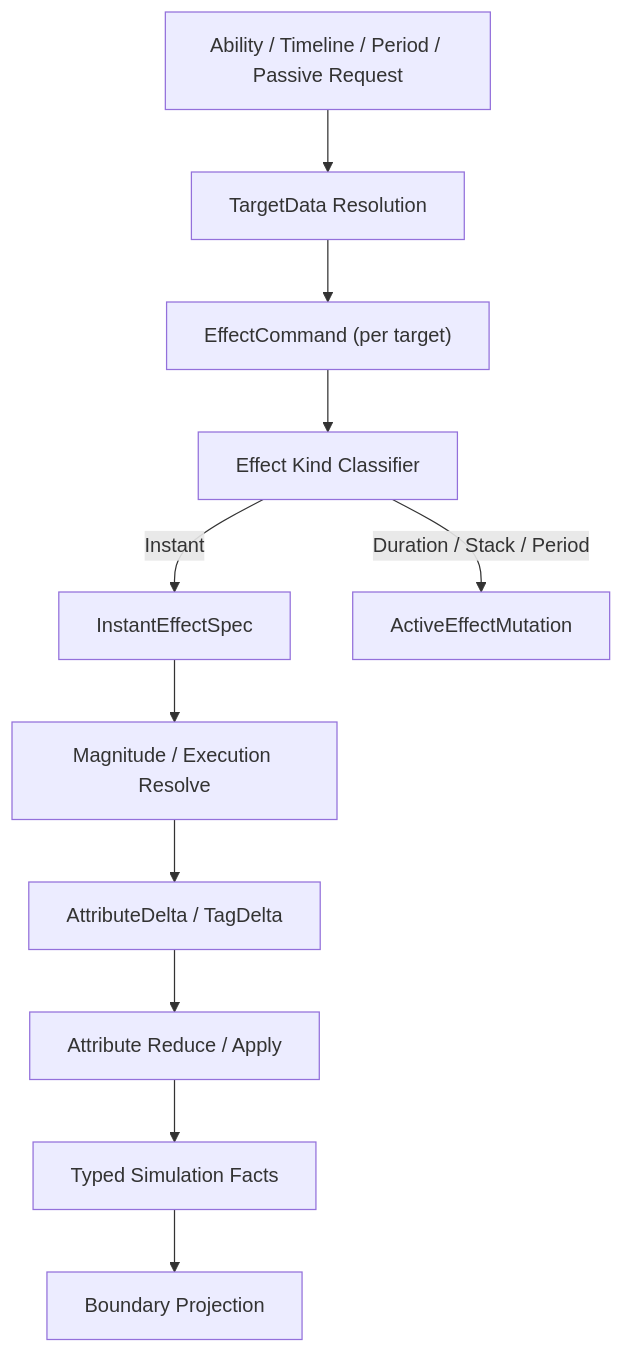
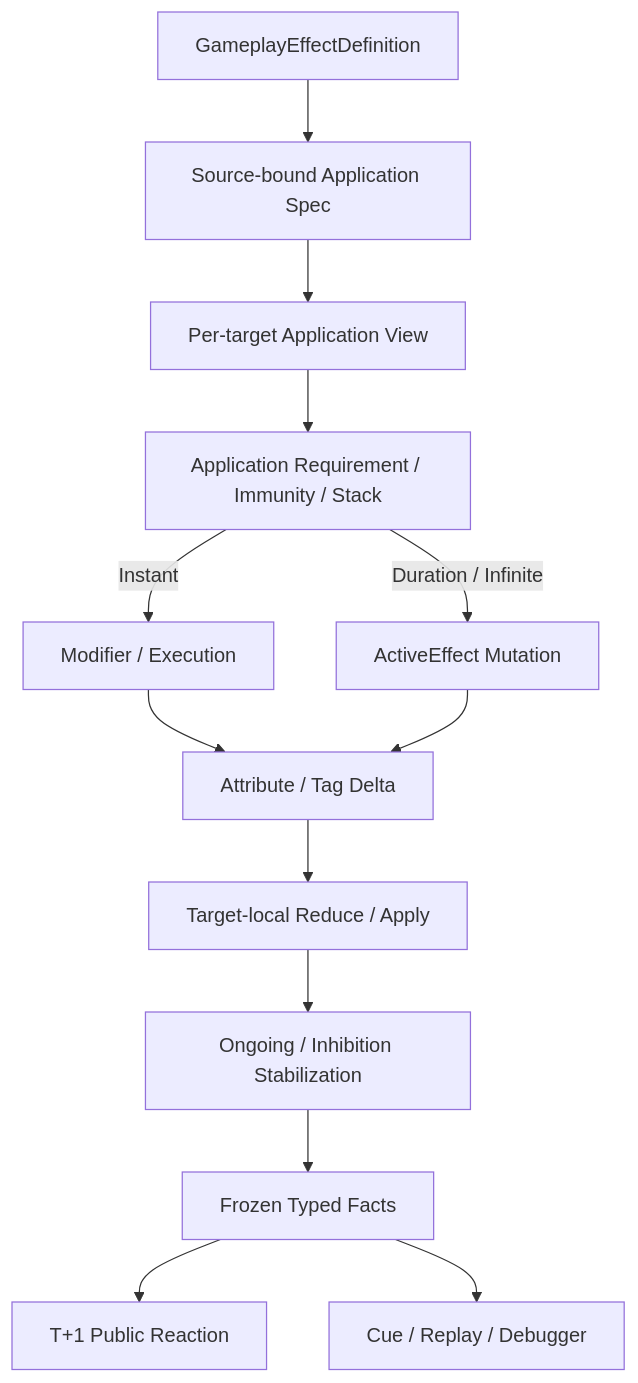
The diagram in 方案讨论/针对2.0的ECS架构的迭代方案讨论/01-目标态架构共识/04-EffectCommand-SpecStream-AttributeDeltaSpec.md (Bo-ki/gameplay-ability-system-for-unity), drawn with Mermaid before and after one commit. The commit also changed other lines of this file and 104 other files, not shown here.

````diff
--- a/方案讨论/针对2.0的ECS架构的迭代方案讨论/01-目标态架构共识/04-EffectCommand-SpecStream-AttributeDeltaSpec.md
+++ b/方案讨论/针对2.0的ECS架构的迭代方案讨论/01-目标态架构共识/04-EffectCommand-SpecStream-AttributeDeltaSpec.md
@@ -9,13 +11,15 @@
 ```mermaid
 flowchart TD
-    Request["Ability / Timeline / Period / Passive Request"] --> TargetData["TargetData Resolution"]
-    TargetData --> Command["EffectCommand (per target)"]
-    Command --> Classifier["Effect Kind Classifier"]
-    Classifier -->|Instant| Spec["InstantEffectSpec"]
-    Classifier -->|Duration / Stack / Period| ActiveMutation["ActiveEffectMutation"]
-    Spec --> Magnitude["Magnitude / Execution Resolve"]
-    Magnitude --> Delta["AttributeDelta / TagDelta"]
-    Delta --> Apply["Attribute Reduce / Apply"]
-    Apply --> Facts["Typed Simulation Facts"]
-    Facts --> BoundaryProjection["Boundary Projection"]
+    Definition["GameplayEffectDefinition"] --> SourceSpec["Source-bound Application Spec"]
+    SourceSpec --> TargetView["Per-target Application View"]
+    TargetView --> Requirement["Application Requirement / Immunity / Stack"]
+    Requirement -->|Instant| Execute["Modifier / Execution"]
+    Requirement -->|Duration / Infinite| Active["ActiveEffect Mutation"]
+    Execute --> Delta["Attribute / Tag Delta"]
+    Active --> Delta
+    Delta --> Apply["Target-local Reduce / Apply"]
+    Apply --> Stable["Ongoing / Inhibition Stabilization"]
+    Stable --> Fact["Frozen Typed Facts"]
+    Fact --> Reaction["T+1 Public Reaction"]
+    Fact --> Boundary["Cue / Replay / Debugger"]
 ```
````
